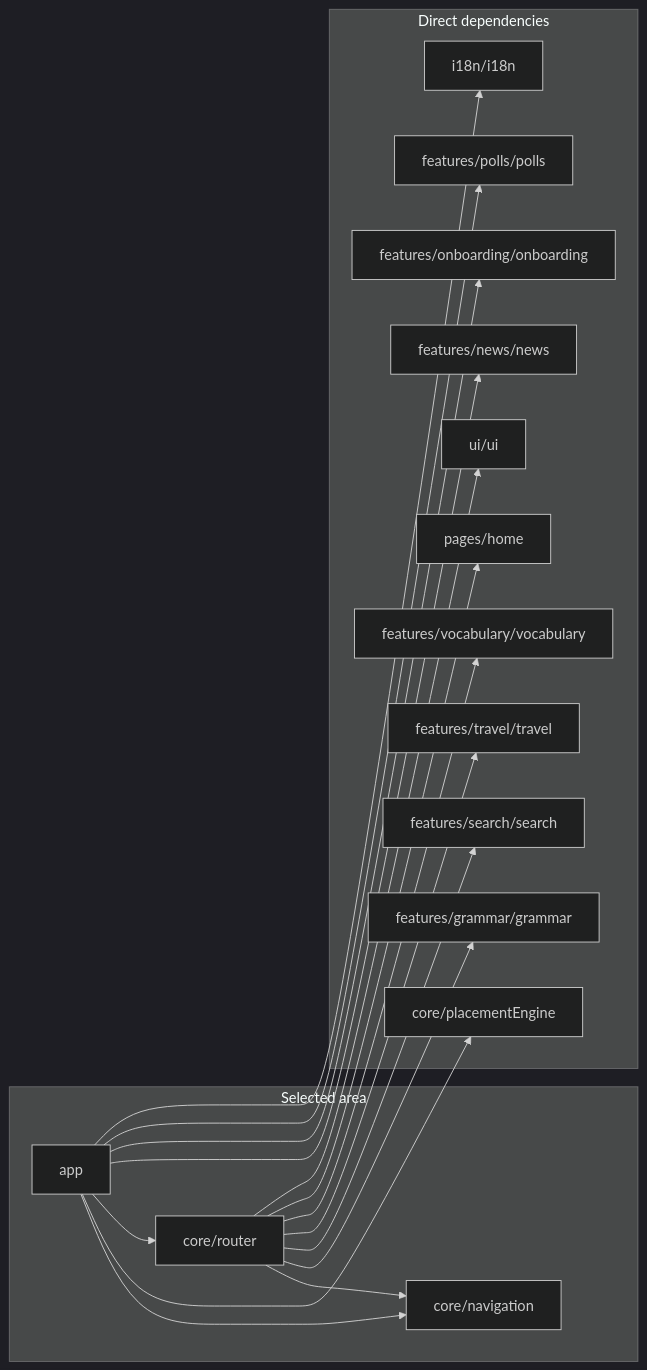
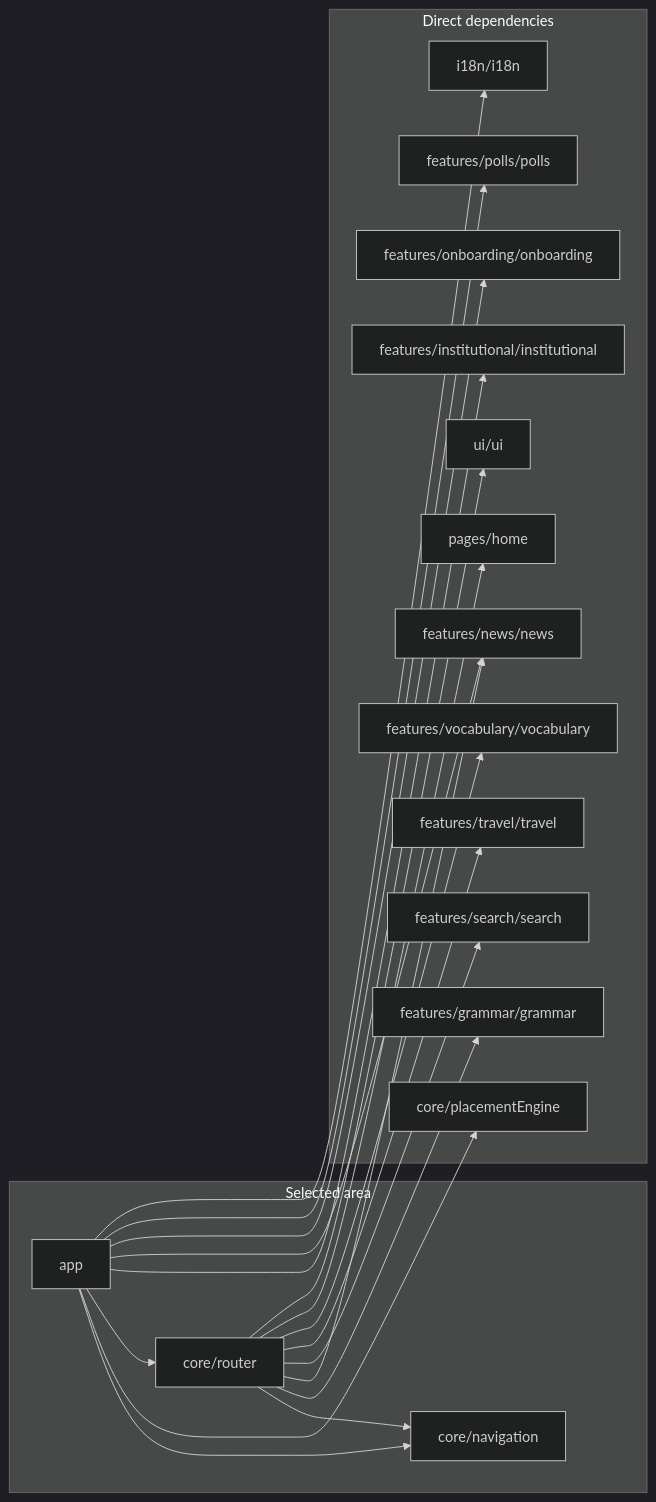
Before and after one commit to temsahak-rgb/Dino-5monde: the second of 12 diagrams in docs/dependency-graph.md, drawn with Mermaid (dark theme). The commit also changed other lines of this file and 2 other files, not shown here.

````diff
--- a/docs/dependency-graph.md
+++ b/docs/dependency-graph.md
@@ -59,35 +59,38 @@
 ```mermaid
 flowchart LR
     subgraph S["Selected area"]
         M0["app"]
         M1["core/navigation"]
         M2["core/router"]
     end
     subgraph D["Direct dependencies"]
         M3["core/placementEngine"]
         M4["features/grammar/grammar"]
-        M5["features/news/news"]
-        M6["features/onboarding/onboarding"]
-        M7["features/polls/polls"]
-        M8["features/search/search"]
-        M9["features/travel/travel"]
-        M10["features/vocabulary/vocabulary"]
-        M11["i18n/i18n"]
-        M12["pages/home"]
-        M13["ui/ui"]
+        M5["features/institutional/institutional"]
+        M6["features/news/news"]
+        M7["features/onboarding/onboarding"]
+        M8["features/polls/polls"]
+        M9["features/search/search"]
+        M10["features/travel/travel"]
+        M11["features/vocabulary/vocabulary"]
+        M12["i18n/i18n"]
+        M13["pages/home"]
+        M14["ui/ui"]
     end
     M0 --> M1
     M0 --> M3
     M0 --> M2
     M0 --> M5
     M0 --> M6
     M0 --> M7
-    M0 --> M11
+    M0 --> M8
+    M0 --> M12
     M2 --> M1
     M2 --> M4
-    M2 --> M8
+    M2 --> M6
     M2 --> M9
     M2 --> M10
-    M2 --> M12
+    M2 --> M11
     M2 --> M13
+    M2 --> M14
 ```
````
